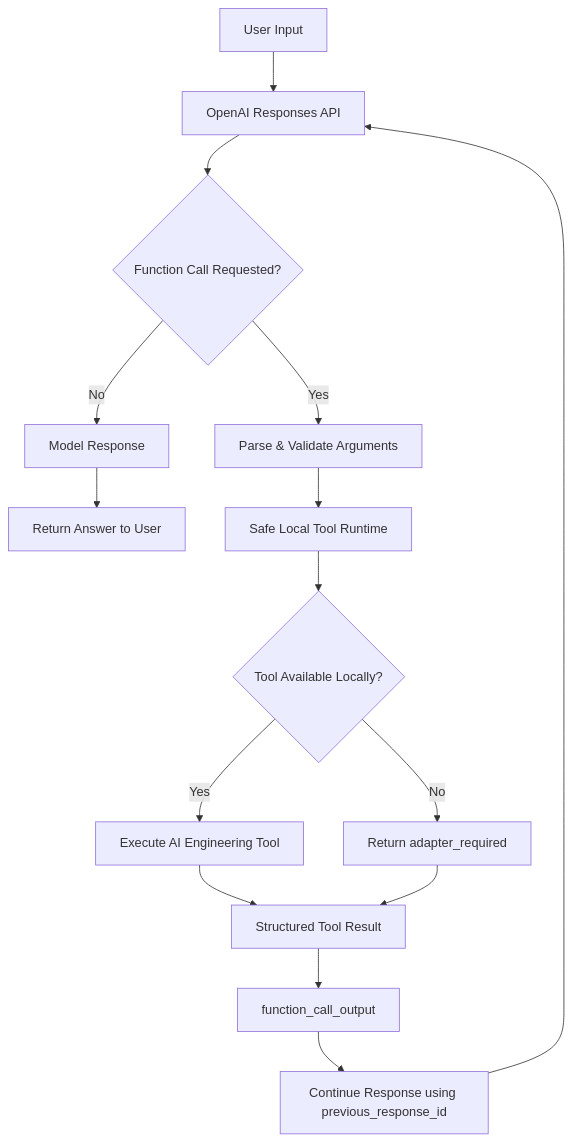
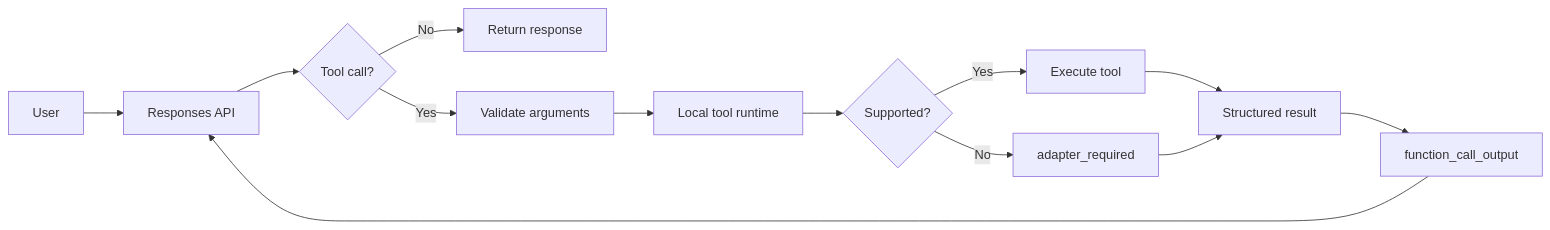
The diagram in README.md (ygmrs/artificial-intelligence), drawn with Mermaid before and after one commit.

Commit message:
Modernize AI assistant architecture and repository structure

````diff
--- a/README.md
+++ b/README.md
@@ -23,24 +23,20 @@
 ```mermaid
-flowchart TD
-    A["User Input"] --> B["OpenAI Responses API"]
+flowchart LR
+    A["User"] --> B["Responses API"]
+    B --> C{"Tool call?"}
 
-    B --> C{"Function Call Requested?"}
+    C -- No --> D["Return response"]
 
-    C -- "No" --> D["Model Response"]
-    D --> E["Return Answer to User"]
+    C -- Yes --> E["Validate arguments"]
+    E --> F["Local tool runtime"]
+    F --> G{"Supported?"}
 
-    C -- "Yes" --> F["Parse & Validate Arguments"]
-    F --> G["Safe Local Tool Runtime"]
+    G -- Yes --> H["Execute tool"]
+    G -- No --> I["adapter_required"]
 
-    G --> H{"Tool Available Locally?"}
+    H --> J["Structured result"]
+    I --> J
 
-    H -- "Yes" --> I["Execute AI Engineering Tool"]
-    H -- "No" --> J["Return adapter_required"]
-
-    I --> K["Structured Tool Result"]
-    J --> K
-
-    K --> L["function_call_output"]
-    L --> M["Continue Response using previous_response_id"]
-    M --> B
+    J --> K["function_call_output"]
+    K --> B
 ```
````
